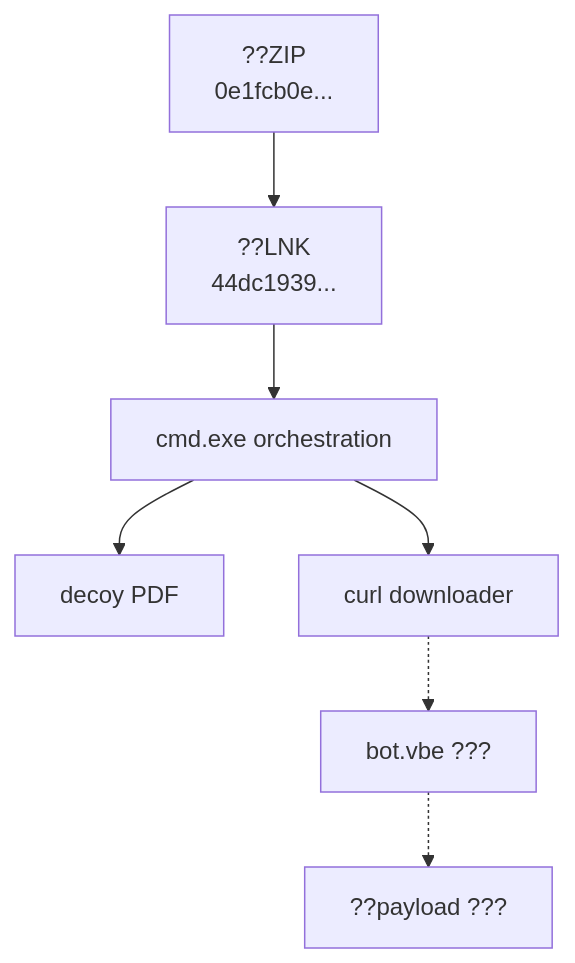
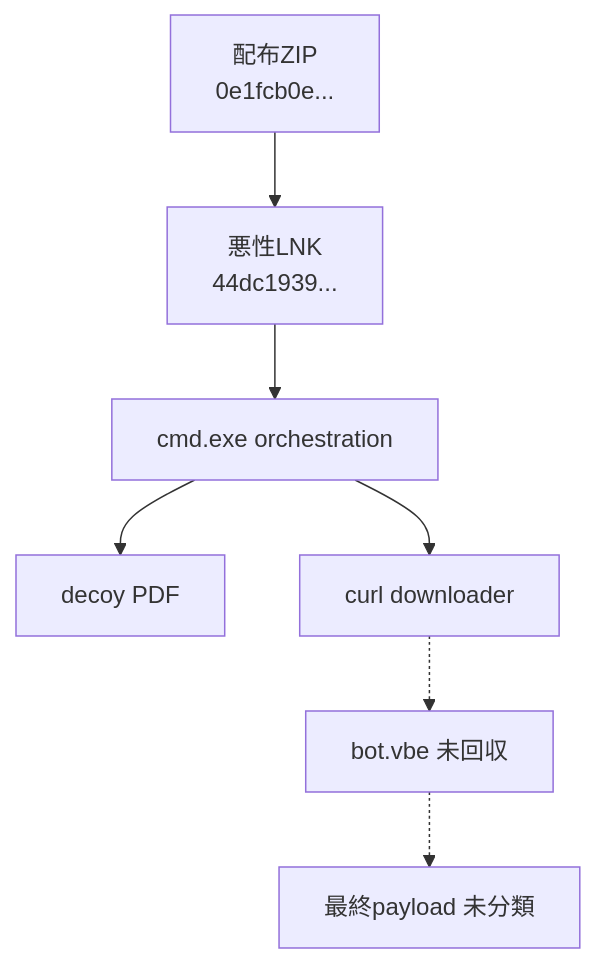
One commit to proshiba/AI-security-analysis changed the third of 3 diagrams in analysis-results/malware/unclassified/versions/unknown/cases/0e1fcb0e29c132819fcb2a3f2aa188a398c96be5e1919266ae95a8ee99986347/OVERALL-LOGIC.md. Above: the diagram before and after it, drawn with Mermaid. The commit also changed other lines of this file and 1747 other files, not shown here.

````diff
--- a/analysis-results/malware/unclassified/versions/unknown/cases/0e1fcb0e29c132819fcb2a3f2aa188a398c96be5e1919266ae95a8ee99986347/OVERALL-LOGIC.md
+++ b/analysis-results/malware/unclassified/versions/unknown/cases/0e1fcb0e29c132819fcb2a3f2aa188a398c96be5e1919266ae95a8ee99986347/OVERALL-LOGIC.md
@@ -32,11 +32,11 @@
 ```mermaid
 flowchart TB
-  ZIP["??ZIP
-0e1fcb0e..."] --> LNK["??LNK
+  ZIP["配布ZIP
+0e1fcb0e..."] --> LNK["悪性LNK
 44dc1939..."]
   LNK --> CMD["cmd.exe orchestration"]
   CMD --> DECOY["decoy PDF"]
   CMD --> CURL["curl downloader"]
-  CURL -.-> VBE["bot.vbe ???"]
-  VBE -.-> PAY["??payload ???"]
+  CURL -.-> VBE["bot.vbe 未回収"]
+  VBE -.-> PAY["最終payload 未分類"]
 ```
````
